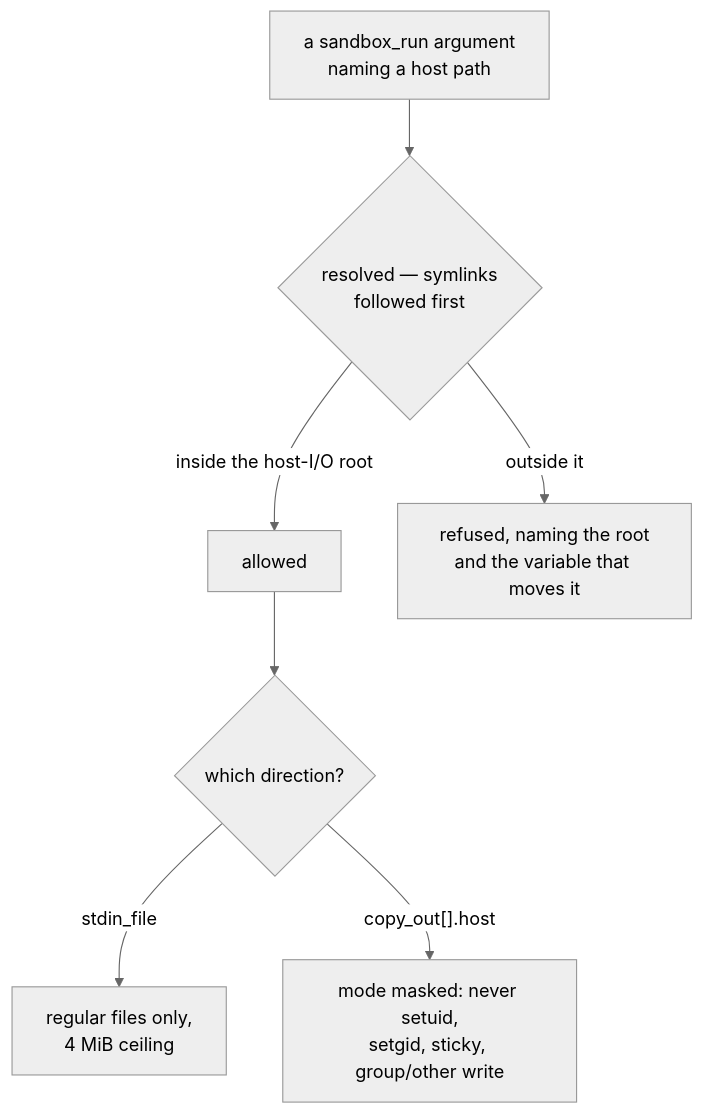
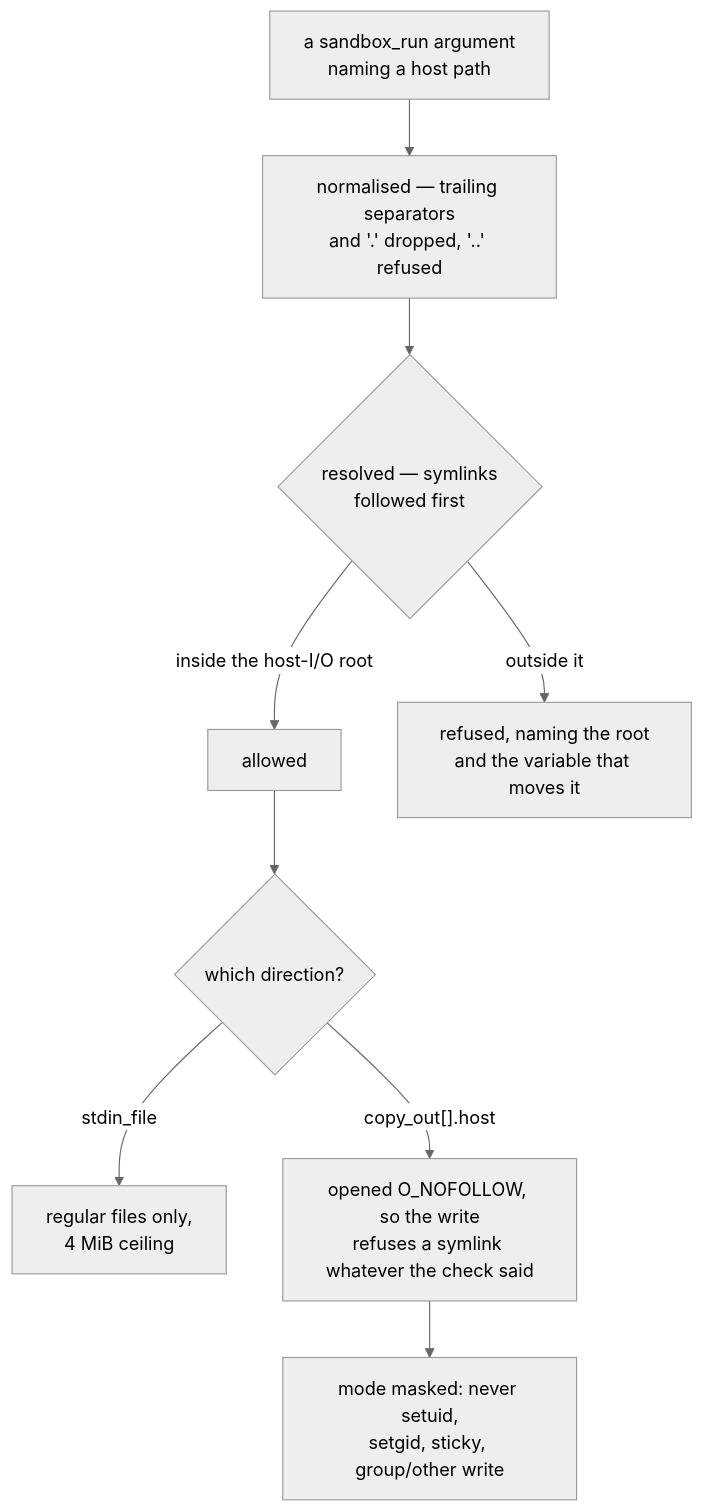
The third of 3 diagrams in docs/mcp-usage.md (me1iissa/isopod), drawn with Mermaid (neutral theme) before and after one commit. The commit also changed other lines of this file and 12 other files, not shown here.

````diff
--- a/docs/mcp-usage.md
+++ b/docs/mcp-usage.md
@@ -263,9 +263,11 @@
 ```mermaid
 flowchart TB
-    C["a sandbox_run argument<br/>naming a host path"] --> R{"resolved — symlinks<br/>followed first"}
+    C["a sandbox_run argument<br/>naming a host path"] --> N["normalised — trailing separators<br/>and '.' dropped, '..' refused"]
+    N --> R{"resolved — symlinks<br/>followed first"}
     R -->|"inside the host-I/O root"| OK["allowed"]
     R -->|"outside it"| NO["refused, naming the root<br/>and the variable that moves it"]
     OK --> M{"which direction?"}
     M -->|"stdin_file"| RD["regular files only,<br/>4 MiB ceiling"]
-    M -->|"copy_out[].host"| WR["mode masked: never setuid,<br/>setgid, sticky, group/other write"]
+    M -->|"copy_out[].host"| WR["opened O_NOFOLLOW, so the write<br/>refuses a symlink whatever the check said"]
+    WR --> MO["mode masked: never setuid,<br/>setgid, sticky, group/other write"]
 ```
````
